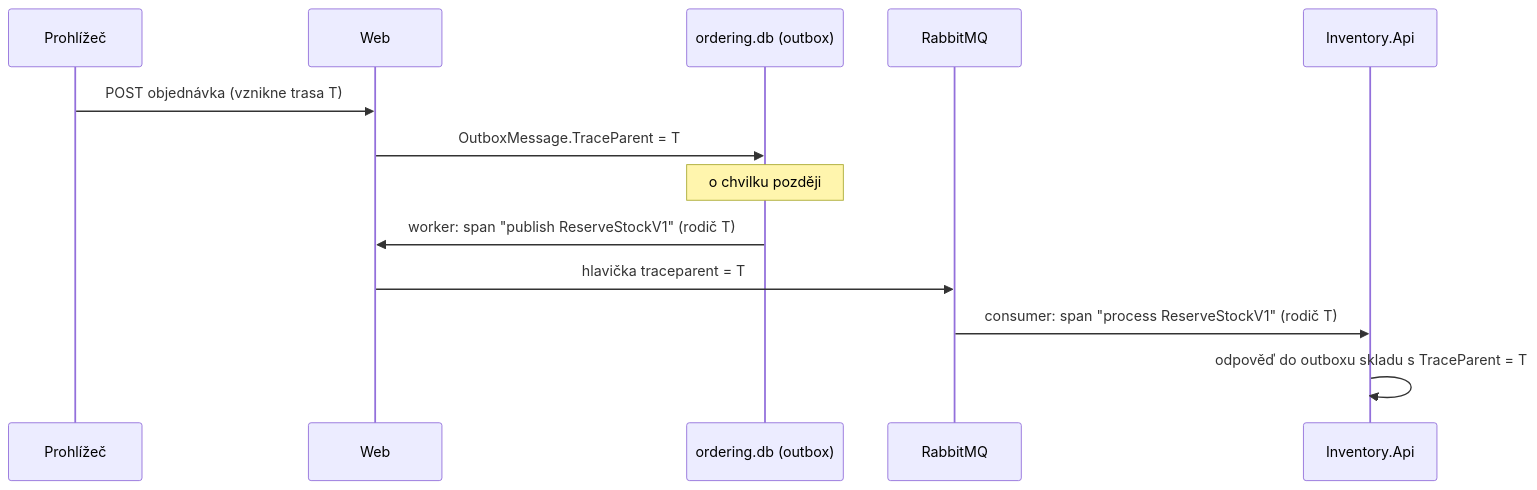
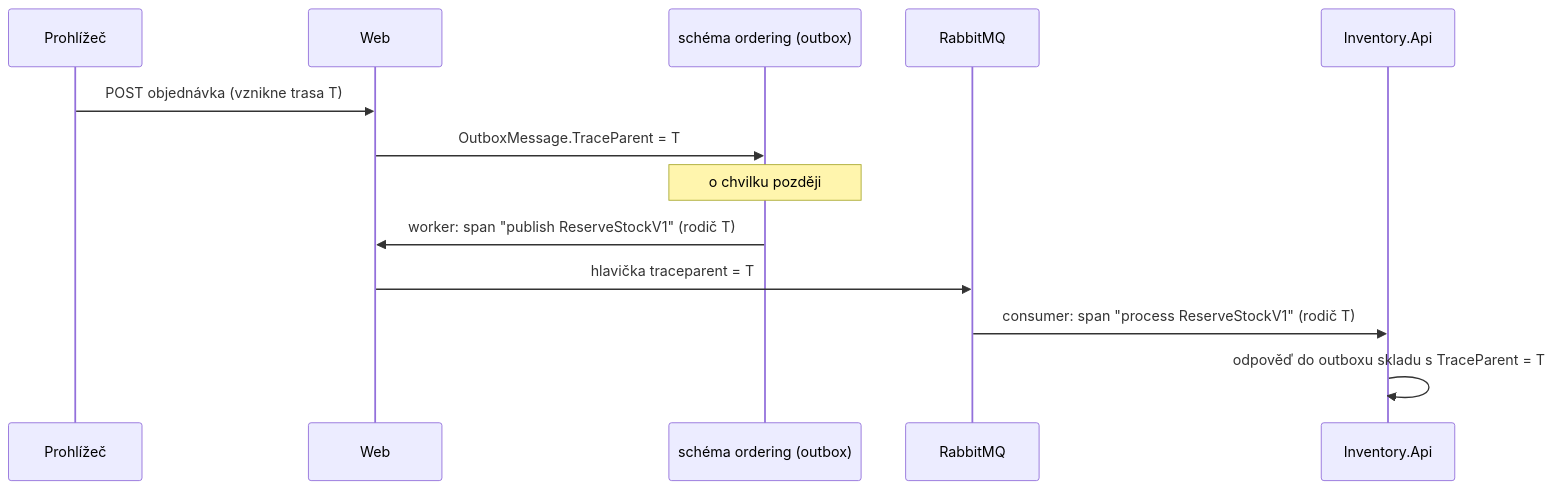
One commit to ftichy/MiniShop changed the diagram in docs/prirucka/eda/observabilita.md. Above: the diagram before and after it, drawn with Mermaid. The commit also changed 248 other files, not shown here.

````diff
--- a/docs/prirucka/eda/observabilita.md
+++ b/docs/prirucka/eda/observabilita.md
@@ -19,16 +19,16 @@
 ```mermaid
 sequenceDiagram
     participant B as Prohlížeč
     participant W as Web
-    participant O as ordering.db (outbox)
+    participant O as schéma ordering (outbox)
     participant MQ as RabbitMQ
     participant I as Inventory.Api
 
     B->>W: POST objednávka (vznikne trasa T)
     W->>O: OutboxMessage.TraceParent = T
     Note over O: o chvilku později
     O->>W: worker: span "publish ReserveStockV1" (rodič T)
     W->>MQ: hlavička traceparent = T
     MQ->>I: consumer: span "process ReserveStockV1" (rodič T)
     I->>I: odpověď do outboxu skladu s TraceParent = T
 ```
````
